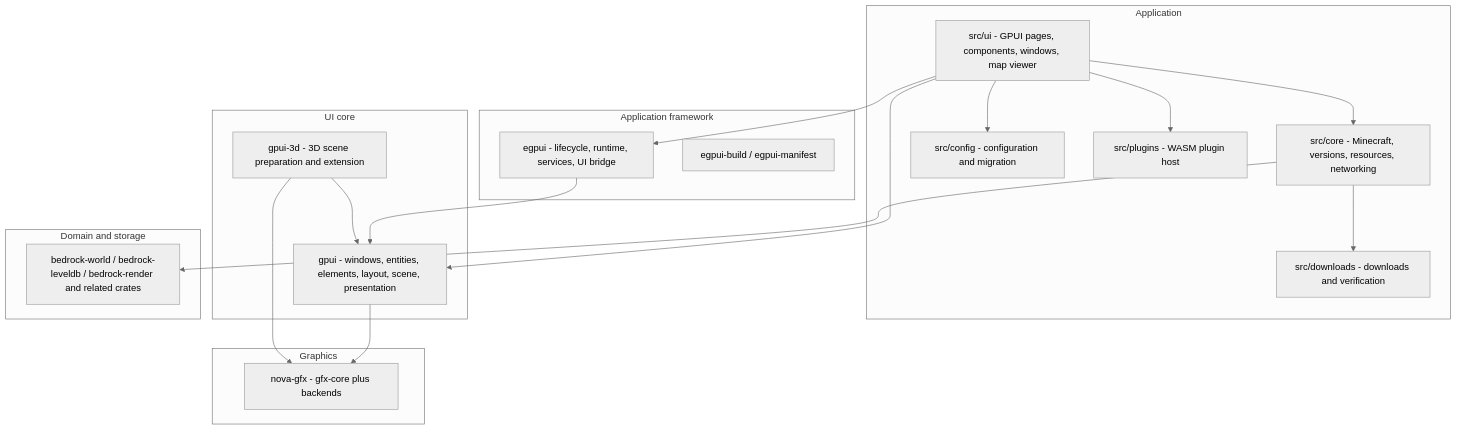
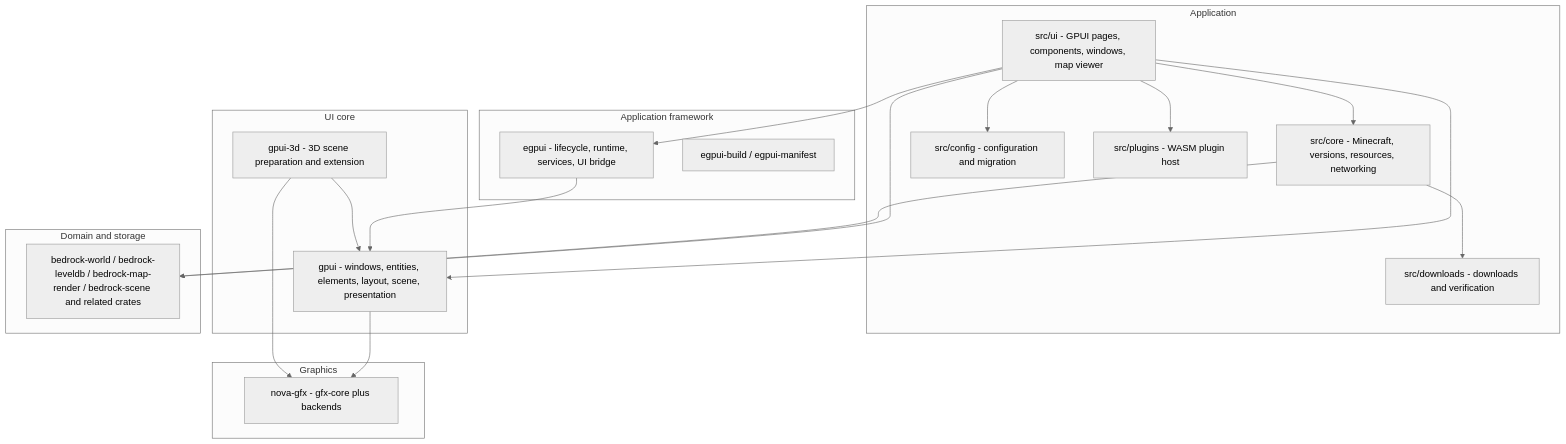
The diagram in docs/ARCHITECTURE.en.md (Chlna6666/Better-Minecraft-Bedrock-Launcher), drawn with Mermaid (neutral theme) before and after one commit. The commit also changed other lines of this file and 11 other files, not shown here.

First line of the commit message:
docs(architecture): describe the scene split and plugin native ABI

````diff
--- a/docs/ARCHITECTURE.en.md
+++ b/docs/ARCHITECTURE.en.md
@@ -9,35 +9,36 @@
 ```mermaid
 flowchart TB
     subgraph App["Application"]
         UI["src/ui - GPUI pages, components, windows, map viewer"]
         Core["src/core - Minecraft, versions, resources, networking"]
         Downloads["src/downloads - downloads and verification"]
         Config["src/config - configuration and migration"]
         Plugins["src/plugins - WASM plugin host"]
     end
     subgraph Framework["Application framework"]
         Egpui["egpui - lifecycle, runtime, services, UI bridge"]
         EgpuiBuild["egpui-build / egpui-manifest"]
     end
     subgraph UiCore["UI core"]
         Gpui["gpui - windows, entities, elements, layout, scene, presentation"]
         Gpui3d["gpui-3d - 3D scene preparation and extension"]
     end
     subgraph Gfx["Graphics"]
         Nova["nova-gfx - gfx-core plus backends"]
     end
     subgraph Domain["Domain and storage"]
-        Bedrock["bedrock-world / bedrock-leveldb / bedrock-render and related crates"]
+        Bedrock["bedrock-world / bedrock-leveldb / bedrock-map-render / bedrock-scene and related crates"]
     end
     UI --> Core
+    UI --> Bedrock
     UI --> Config
     UI --> Plugins
     Core --> Downloads
     UI --> Gpui
     UI --> Egpui
     Egpui --> Gpui
     Gpui --> Nova
     Gpui3d --> Gpui
     Gpui3d --> Nova
     Core --> Bedrock
 ```
````
